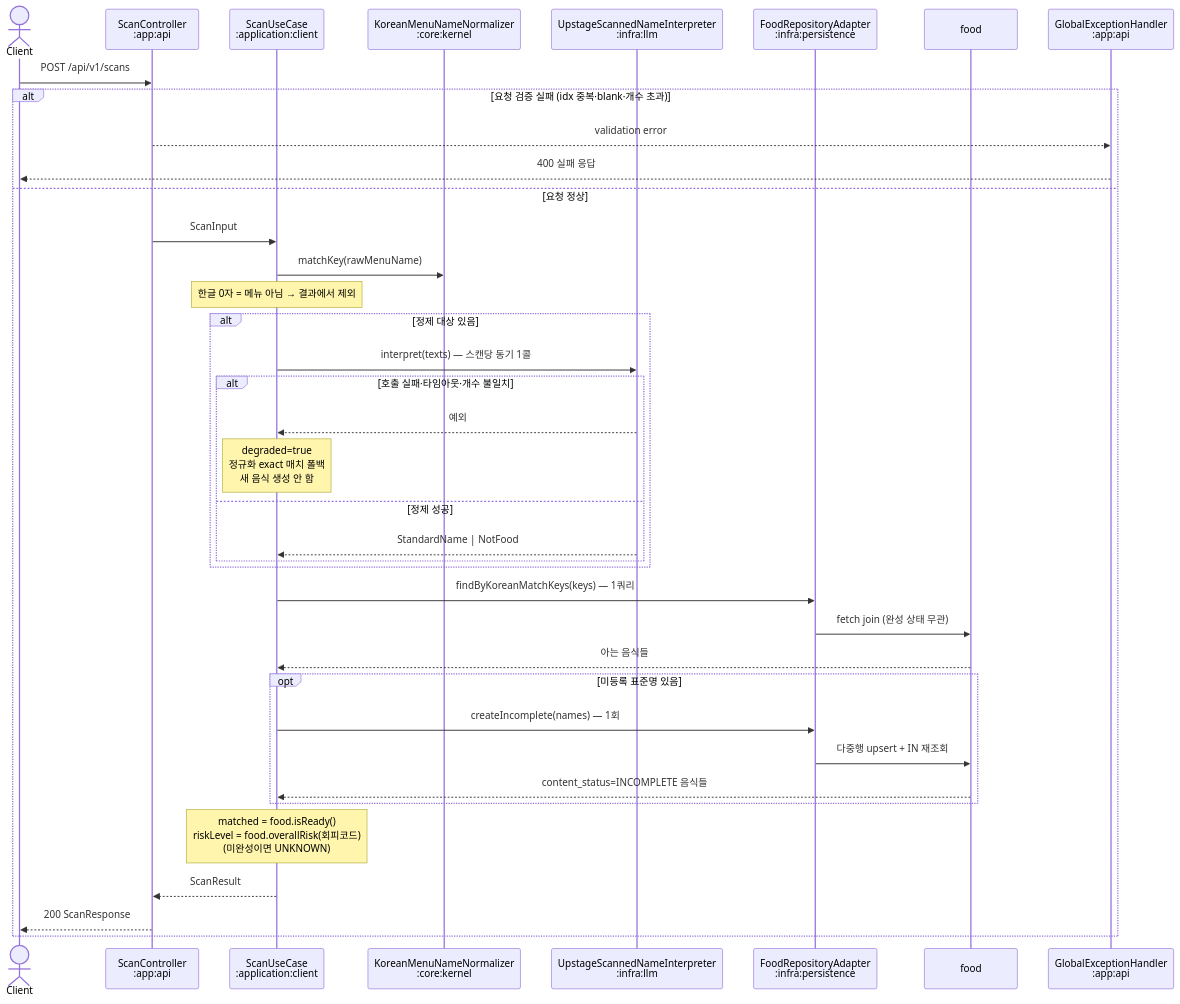
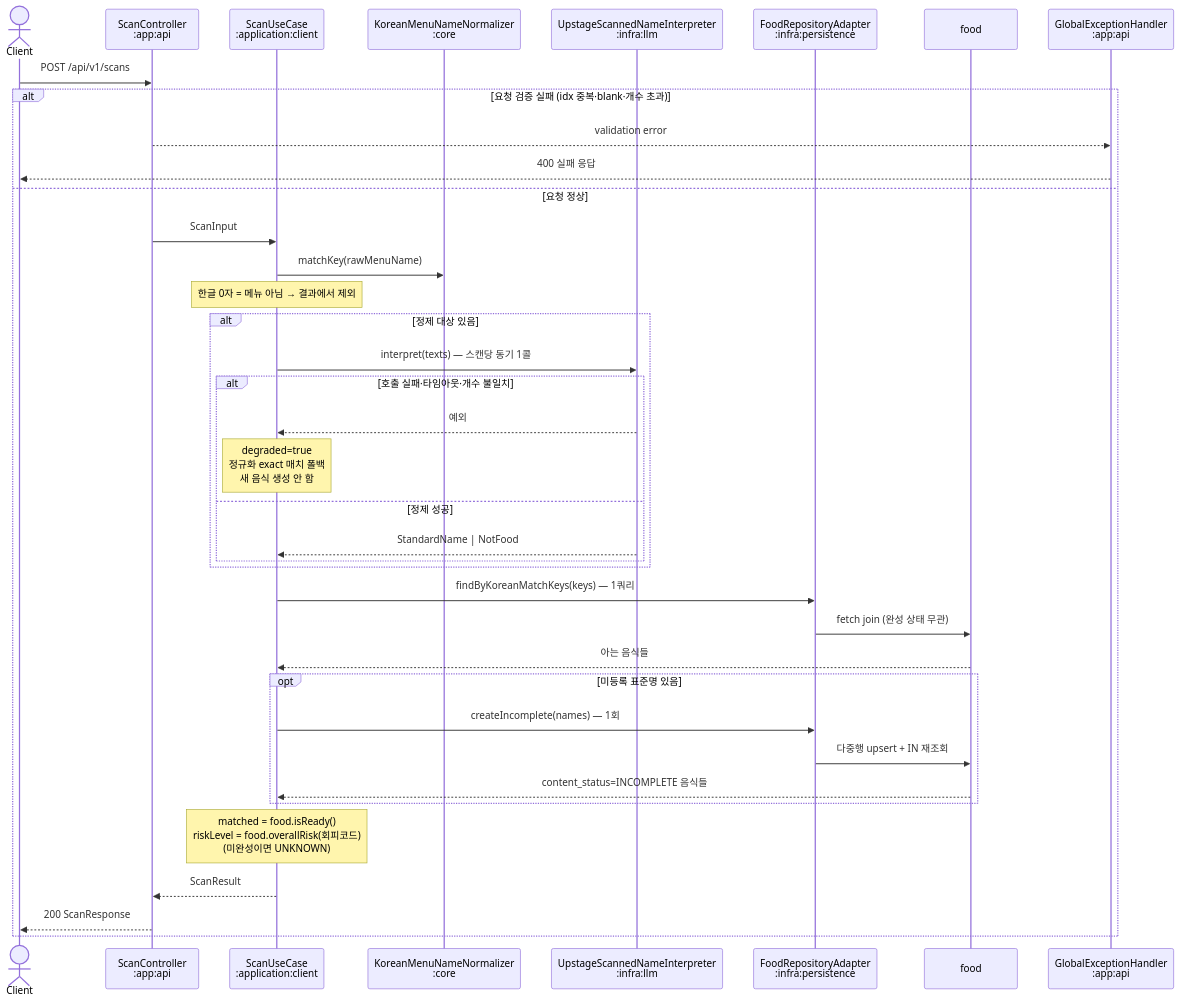
Before and after one commit to team-skyjs/kbap-server: the third of 3 diagrams in docs/architecture/api-request-flows.md, drawn with Mermaid. The commit also changed other lines of this file and 297 other files, not shown here.

First line of the commit message:
refactor(modules): 모듈 리네임 core/→domain/·kernel→:core + ArchUnit 신규 규칙 (T003~T009)

````diff
--- a/docs/architecture/api-request-flows.md
+++ b/docs/architecture/api-request-flows.md
@@ -106,45 +106,45 @@
 ```mermaid
 sequenceDiagram
     actor Client
     participant Controller as ScanController<br/>:app:api
     participant UseCase as ScanUseCase<br/>:application:client
-    participant Kernel as KoreanMenuNameNormalizer<br/>:core:kernel
+    participant Kernel as KoreanMenuNameNormalizer<br/>:core
     participant Llm as UpstageScannedNameInterpreter<br/>:infra:llm
     participant Persistence as FoodRepositoryAdapter<br/>:infra:persistence
     participant DB as food
     participant Error as GlobalExceptionHandler<br/>:app:api
 
     Client->>Controller: POST /api/v1/scans
     alt 요청 검증 실패 (idx 중복·blank·개수 초과)
         Controller-->>Error: validation error
         Error-->>Client: 400 실패 응답
     else 요청 정상
         Controller->>UseCase: ScanInput
         UseCase->>Kernel: matchKey(rawMenuName)
         Note over UseCase: 한글 0자 = 메뉴 아님 → 결과에서 제외
 
         alt 정제 대상 있음
             UseCase->>Llm: interpret(texts) — 스캔당 동기 1콜
             alt 호출 실패·타임아웃·개수 불일치
                 Llm-->>UseCase: 예외
                 Note over UseCase: degraded=true<br/>정규화 exact 매치 폴백<br/>새 음식 생성 안 함
             else 정제 성공
                 Llm-->>UseCase: StandardName | NotFood
             end
         end
 
         UseCase->>Persistence: findByKoreanMatchKeys(keys) — 1쿼리
         Persistence->>DB: fetch join (완성 상태 무관)
         DB-->>UseCase: 아는 음식들
 
         opt 미등록 표준명 있음
             UseCase->>Persistence: createIncomplete(names) — 1회
             Persistence->>DB: 다중행 upsert + IN 재조회
             DB-->>UseCase: content_status=INCOMPLETE 음식들
         end
 
         Note over UseCase: matched = food.isReady()<br/>riskLevel = food.overallRisk(회피코드)<br/>(미완성이면 UNKNOWN)
         UseCase-->>Controller: ScanResult
         Controller-->>Client: 200 ScanResponse
     end
 ```
````
